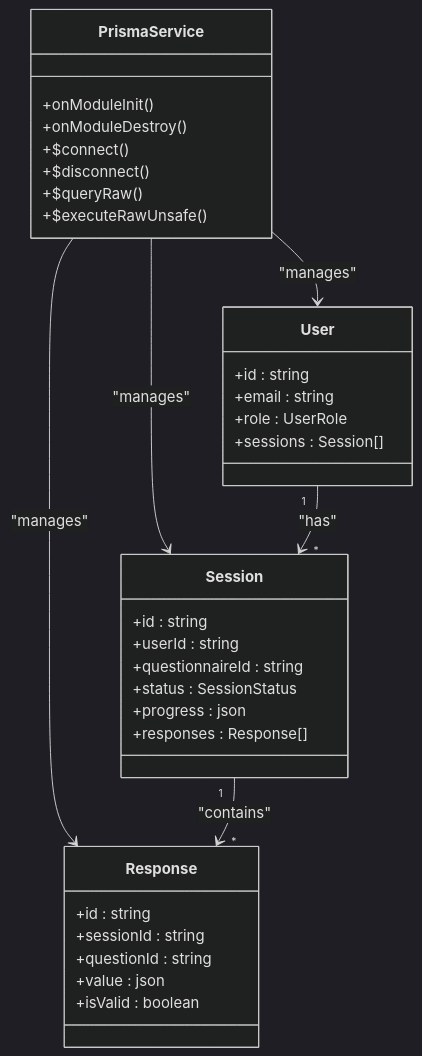
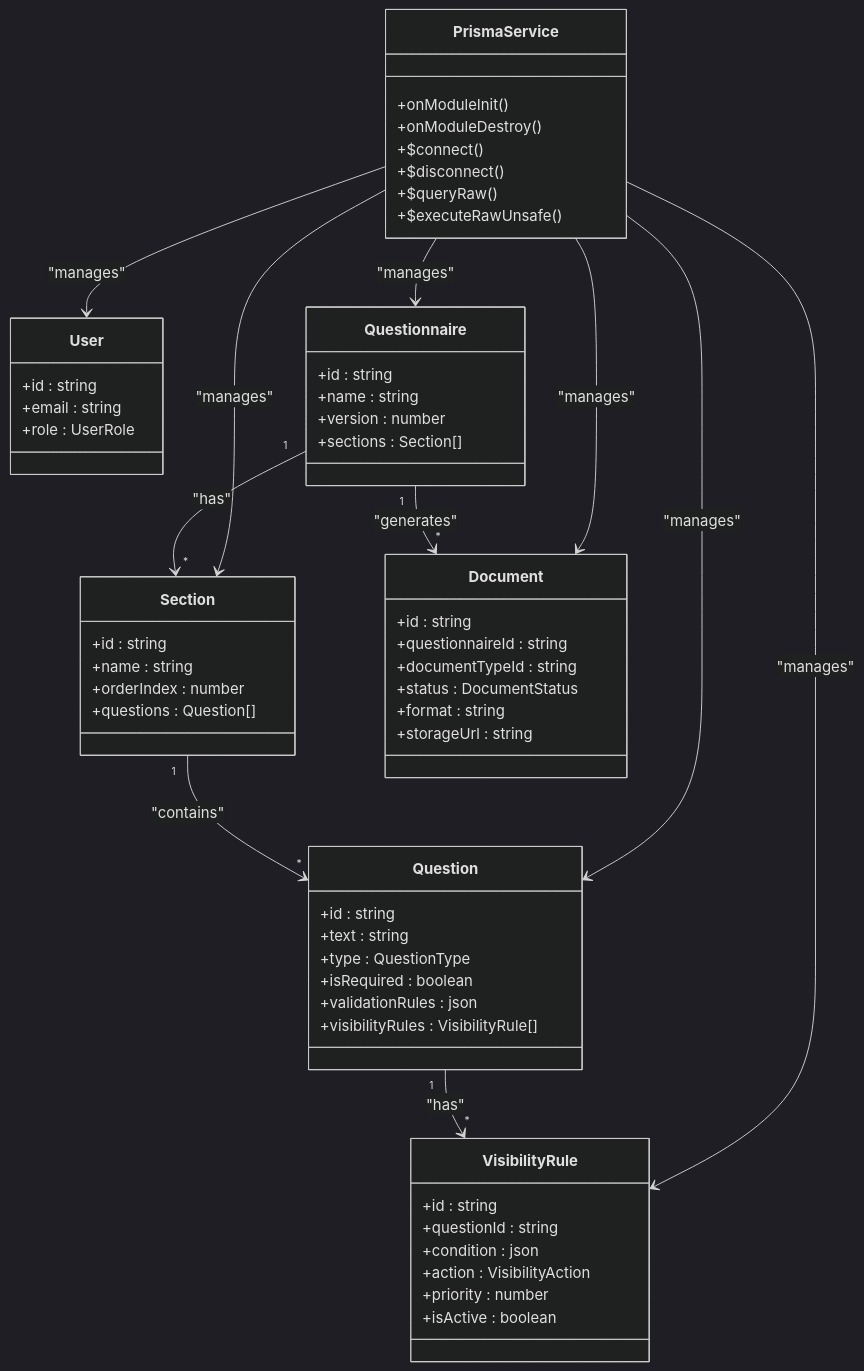
The fifth of 15 diagrams in .qoder/repowiki/en/content/Architecture Overview/Data Flow Architecture.md (Avi-Bendetsky/Quiz-to-build), drawn with Mermaid (dark theme) before and after one commit. The commit also changed other lines of this file and 41 other files, not shown here.

````diff
--- a/.qoder/repowiki/en/content/Architecture Overview/Data Flow Architecture.md
+++ b/.qoder/repowiki/en/content/Architecture Overview/Data Flow Architecture.md
@@ -341,37 +338,62 @@
 ```mermaid
 classDiagram
 class PrismaService {
 +onModuleInit()
 +onModuleDestroy()
 +$connect()
 +$disconnect()
 +$queryRaw()
 +$executeRawUnsafe()
 }
 class User {
 +id : string
 +email : string
 +role : UserRole
-+sessions : Session[]
 }
-class Session {
+class Questionnaire {
 +id : string
-+userId : string
++name : string
++version : number
++sections : Section[]
+}
+class Section {
++id : string
++name : string
++orderIndex : number
++questions : Question[]
+}
+class Question {
++id : string
++text : string
++type : QuestionType
++isRequired : boolean
++validationRules : json
++visibilityRules : VisibilityRule[]
+}
+class VisibilityRule {
++id : string
++questionId : string
++condition : json
++action : VisibilityAction
++priority : number
++isActive : boolean
+}
+class Document {
++id : string
 +questionnaireId : string
-+status : SessionStatus
-+progress : json
-+responses : Response[]
-}
-class Response {
-+id : string
-+sessionId : string
-+questionId : string
-+value : json
-+isValid : boolean
++documentTypeId : string
++status : DocumentStatus
++format : string
++storageUrl : string
 }
 PrismaService --> User : "manages"
-PrismaService --> Session : "manages"
-PrismaService --> Response : "manages"
-User "1" --> "*" Session : "has"
-Session "1" --> "*" Response : "contains"
+PrismaService --> Questionnaire : "manages"
+PrismaService --> Section : "manages"
+PrismaService --> Question : "manages"
+PrismaService --> VisibilityRule : "manages"
+PrismaService --> Document : "manages"
+Questionnaire "1" --> "*" Section : "has"
+Section "1" --> "*" Question : "contains"
+Question "1" --> "*" VisibilityRule : "has"
+Questionnaire "1" --> "*" Document : "generates"
 ```
````
